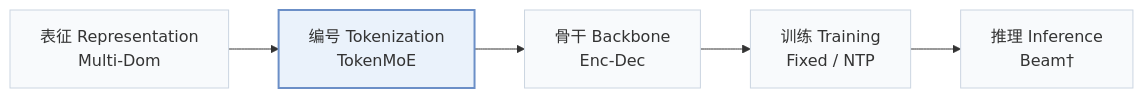
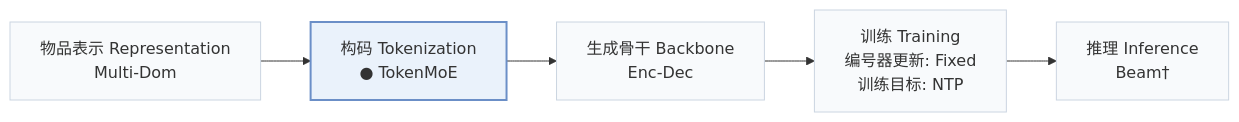
The first of 2 diagrams in pages/zh/papers/unitok.md (Galaxy-ghost/Awesome-SID-Generative-Rec), drawn with Mermaid before and after one commit. The commit also changed other lines of this file and 558 other files, not shown here.

````diff
--- a/pages/zh/papers/unitok.md
+++ b/pages/zh/papers/unitok.md
@@ -15,8 +19,8 @@
 ```mermaid
 flowchart LR
-    R["表征 Representation<br/>Multi-Dom"] --> T["编号 Tokenization<br/>TokenMoE"] --> B["骨干 Backbone<br/>Enc-Dec"] --> TR["训练 Training<br/>Fixed / NTP"] --> I["推理 Inference<br/>Beam†"]
+    R["物品表示 Representation<br/>Multi-Dom"] --> T["构码 Tokenization<br/>● TokenMoE"] --> B["生成骨干 Backbone<br/>Enc-Dec"] --> TR["训练 Training<br/>编号器更新: Fixed<br/>训练目标: NTP"] --> I["推理 Inference<br/>Beam†"]
     classDef base fill:#f8fafc,stroke:#cbd5e1
     class R,T,B,TR,I base
     classDef main fill:#eaf2fb,stroke:#6b8fc7,stroke-width:2px
     class T main
 ```
````
